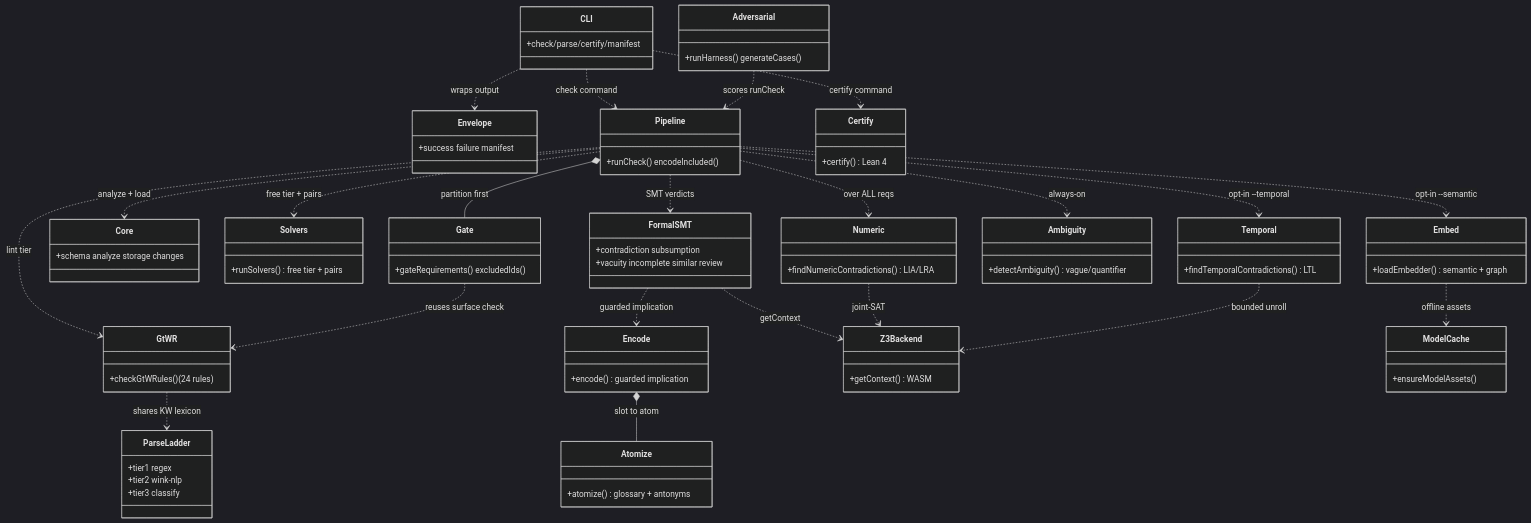
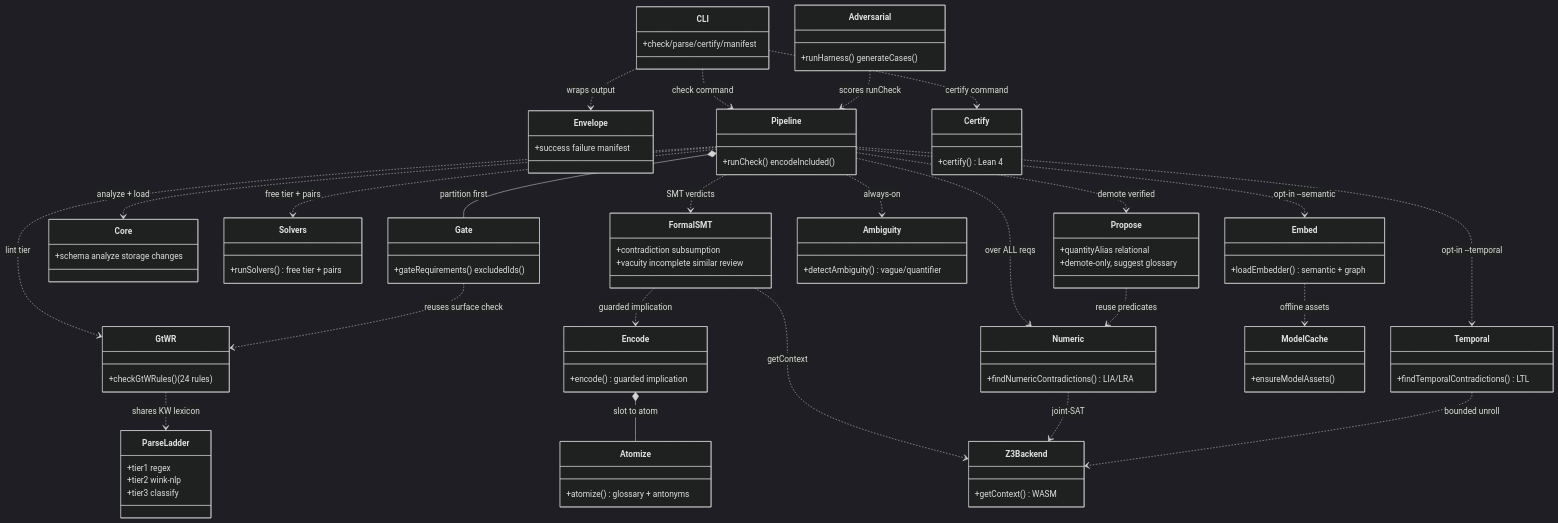
The diagram in docs/diagrams/architecture/components.md (theagenticguy/symspec), drawn with Mermaid (dark theme) before and after one commit. The commit also changed other lines of this file and 17 other files, not shown here.

```diff
--- a/docs/diagrams/architecture/components.md
+++ b/docs/diagrams/architecture/components.md
@@ -46,6 +46,10 @@
     class Numeric {
         +findNumericContradictions() LIA/LRA
     }
+    class Propose {
+        +quantityAlias relational
+        +demote-only, suggest glossary
+    }
     class Temporal {
         +findTemporalContradictions() LTL
     }
@@ -75,8 +79,10 @@
     Pipeline ..> Ambiguity : always-on
     Pipeline ..> FormalSMT : SMT verdicts
     Pipeline ..> Numeric : over ALL reqs
+    Pipeline ..> Propose : demote verified
     Pipeline ..> Temporal : opt-in --temporal
     Pipeline ..> Embed : opt-in --semantic
+    Propose ..> Numeric : reuse predicates
     Gate ..> GtWR : reuses surface check
     GtWR ..> ParseLadder : shares KW lexicon
     FormalSMT ..> Encode : guarded implication
```
